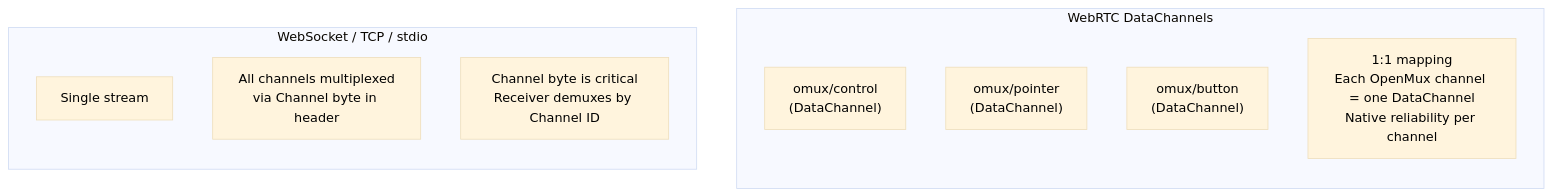
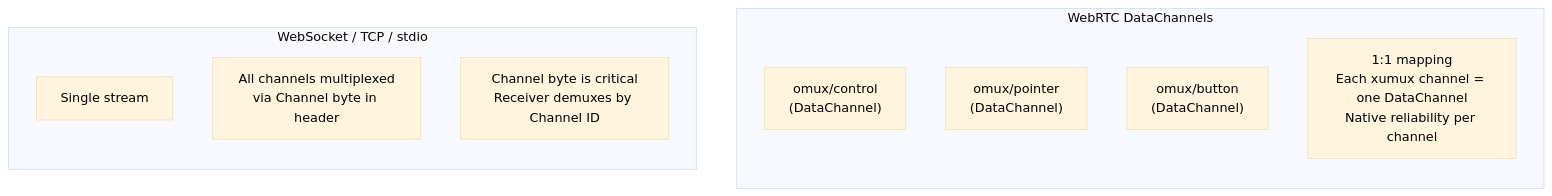
Diagram 16 of 16 in README.md (deftai/xumux), drawn with Mermaid before and after one commit. The commit also changed other lines of this file and 11 other files, not shown here.

````diff
--- a/README.md
+++ b/README.md
@@ -673,18 +673,18 @@
 ```mermaid
 %%{init: {'theme': 'base', 'themeVariables': {'primaryTextColor': '#000', 'lineColor': '#333'}}}%%
 graph TB
     subgraph "WebRTC DataChannels"
         direction TB
         DC1["omux/control<br/>(DataChannel)"]
         DC2["omux/pointer<br/>(DataChannel)"]
         DC3["omux/button<br/>(DataChannel)"]
-        Note1["1:1 mapping<br/>Each OpenMux channel = one DataChannel<br/>Native reliability per channel"]
+        Note1["1:1 mapping<br/>Each xumux channel = one DataChannel<br/>Native reliability per channel"]
     end
 
     subgraph "WebSocket / TCP / stdio"
         direction TB
         WS["Single stream"]
         MX["All channels multiplexed<br/>via Channel byte in header"]
         Note2["Channel byte is critical<br/>Receiver demuxes by Channel ID"]
     end
 ```
````
